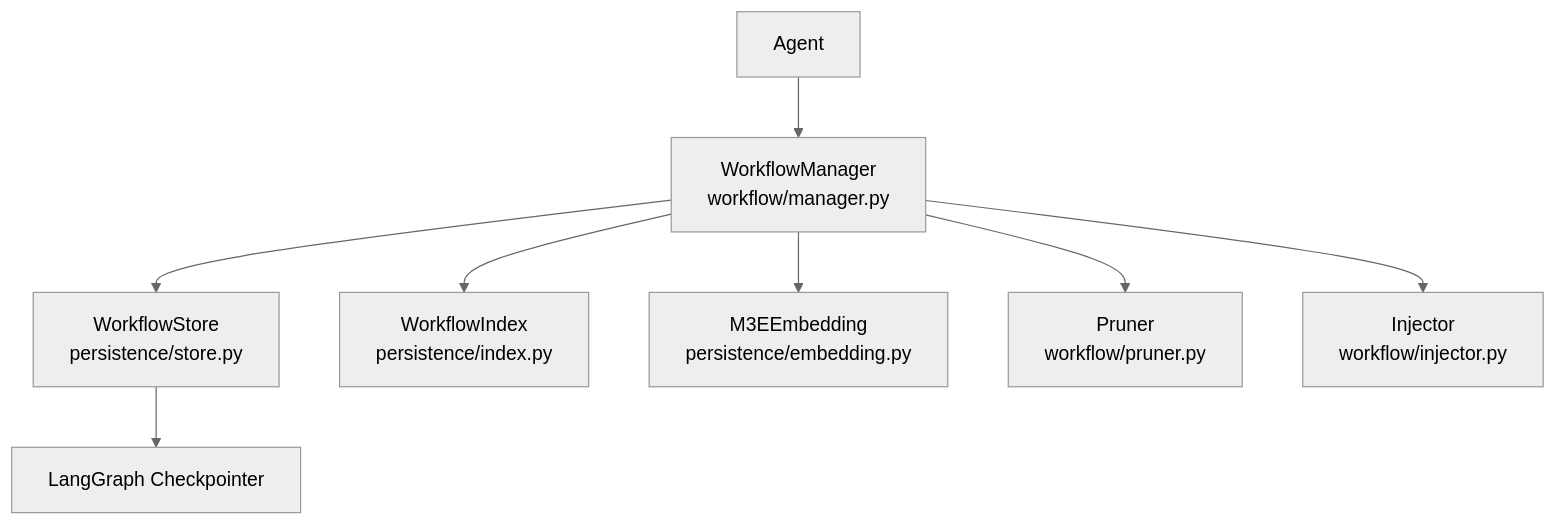
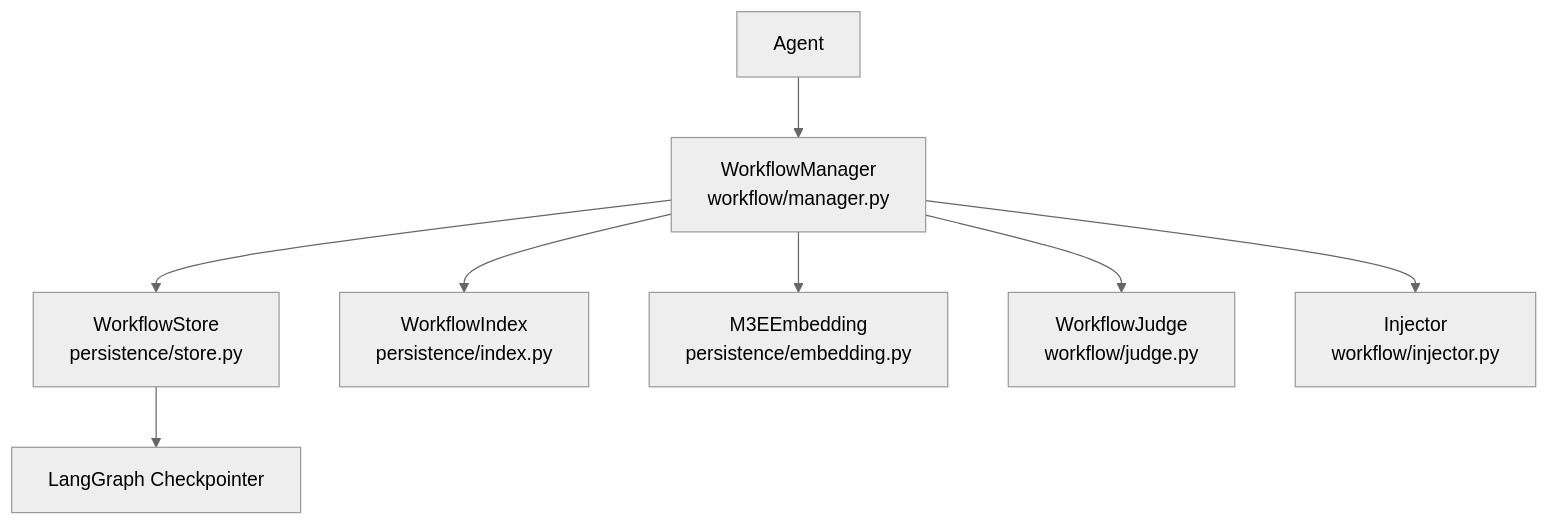
Before and after one commit to Mag1cry/WorkflowRAG: the first of 5 diagrams in docs/Design.md, drawn with Mermaid (neutral theme). The commit also changed other lines of this file and 12 other files, not shown here.

First line of the commit message:
refactor: 移除全部规则剪枝，剪枝统一走 WorkflowJudge（LLM 剪枝）v0.7.0

````diff
--- a/docs/Design.md
+++ b/docs/Design.md
@@ -109,19 +109,19 @@
 ```mermaid
 flowchart TB
     Agent[Agent]
     WM[WorkflowManager<br/>workflow/manager.py]
     WS[WorkflowStore<br/>persistence/store.py]
     WI[WorkflowIndex<br/>persistence/index.py]
     EM[M3EEmbedding<br/>persistence/embedding.py]
-    PR[Pruner<br/>workflow/pruner.py]
+    J[WorkflowJudge<br/>workflow/judge.py]
     INJ[Injector<br/>workflow/injector.py]
     CP[LangGraph Checkpointer]
 
     Agent --> WM
-    WM --> PR
+    WM --> J
     WM --> INJ
     WM --> WS
     WM --> WI
     WM --> EM
     WS --> CP
 ```
````
